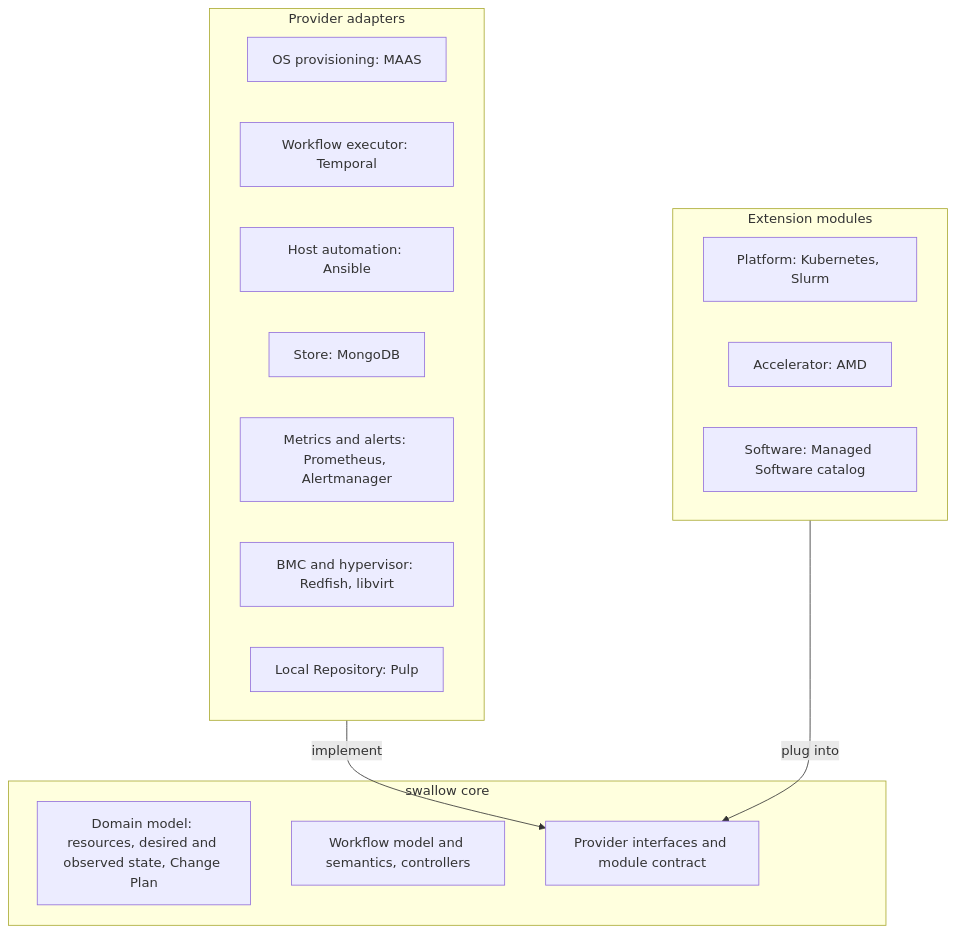
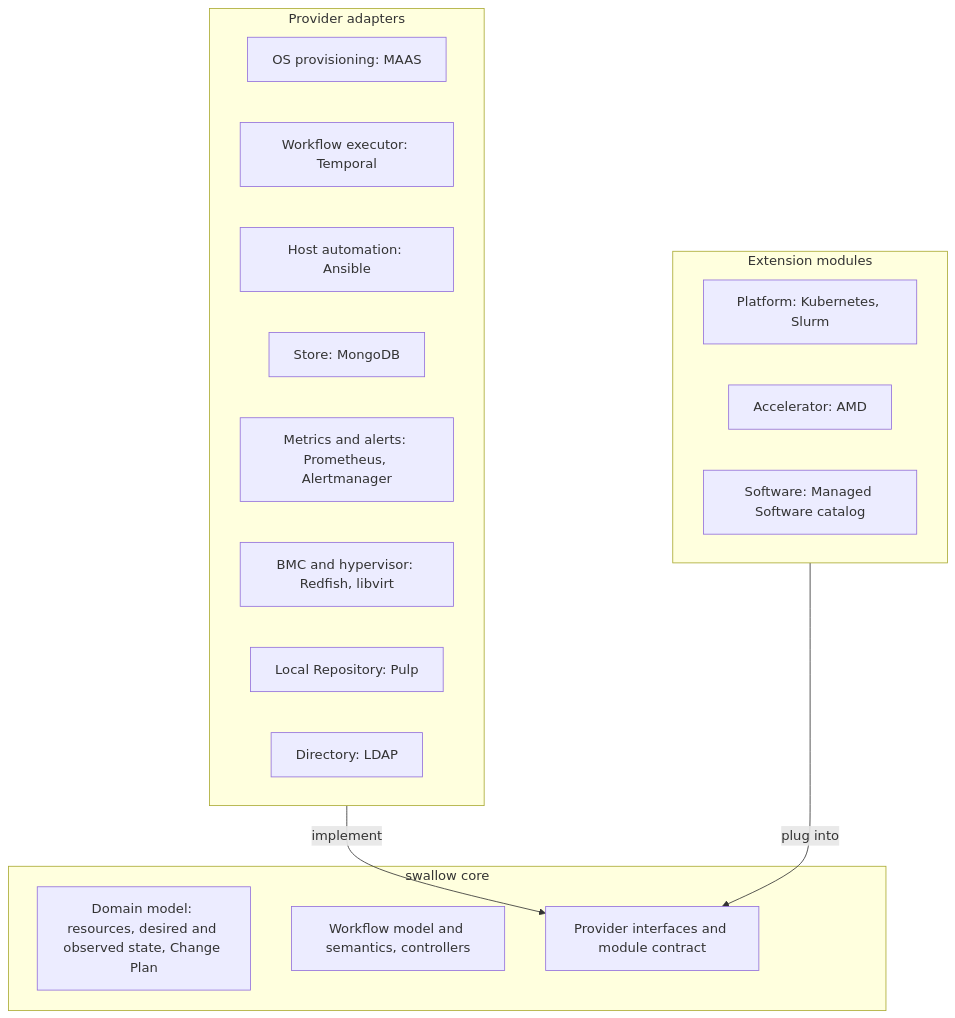
The diagram in docs/development/core-and-extensions.md (maple52046/swallow), drawn with Mermaid before and after one commit. The commit also changed other lines of this file and 277 other files, not shown here.

````diff
--- a/docs/development/core-and-extensions.md
+++ b/docs/development/core-and-extensions.md
@@ -14,24 +14,25 @@
 ```mermaid
 flowchart TB
     subgraph coreBox [swallow core]
         domain["Domain model: resources, desired and observed state, Change Plan"]
         wf["Workflow model and semantics, controllers"]
         ports["Provider interfaces and module contract"]
     end
     subgraph adapters [Provider adapters]
         maas["OS provisioning: MAAS"]
         temporal["Workflow executor: Temporal"]
         ansible["Host automation: Ansible"]
         mongo["Store: MongoDB"]
         prom["Metrics and alerts: Prometheus, Alertmanager"]
         bmc["BMC and hypervisor: Redfish, libvirt"]
         repo["Local Repository: Pulp"]
+        directory["Directory: LDAP"]
     end
     subgraph mods [Extension modules]
         platformMods["Platform: Kubernetes, Slurm"]
         accelMods["Accelerator: AMD"]
         softwareMods["Software: Managed Software catalog"]
     end
     adapters -->|implement| ports
     mods -->|plug into| ports
 ```
````
